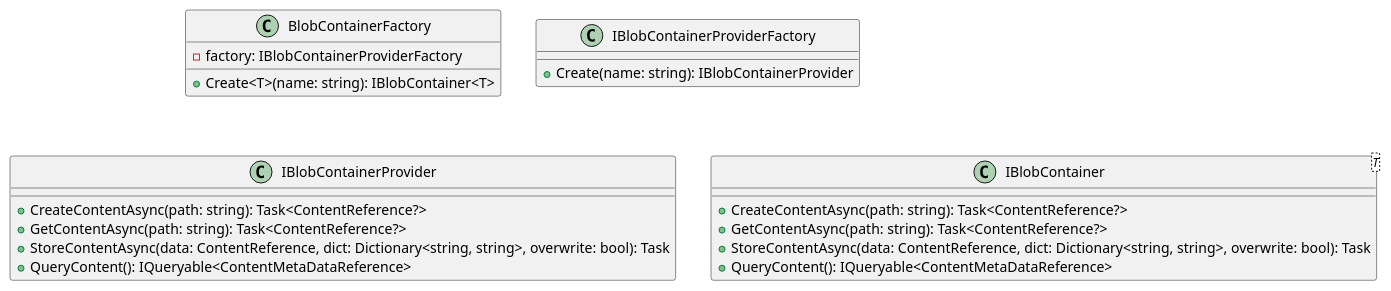
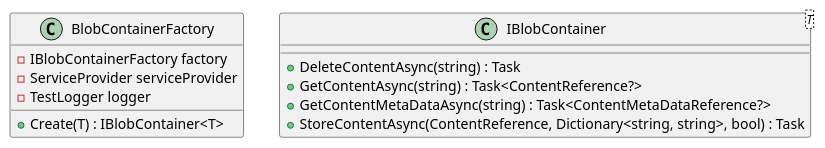
Before and after one commit to mwwhited-forks/dotnet-libs: the first of 3 diagrams in docs/generated/Framework/Eliassen.Documents.Tests/Containers/Documentation.md, drawn with PlantUML. The commit also changed other lines of this file and 444 other files, not shown here.

````diff
--- a/docs/generated/Framework/Eliassen.Documents.Tests/Containers/Documentation.md
+++ b/docs/generated/Framework/Eliassen.Documents.Tests/Containers/Documentation.md
@@ -18,28 +9,19 @@
 ```plantuml
 @startuml
 class BlobContainerFactory {
-  -factory: IBlobContainerProviderFactory
+  - IBlobContainerFactory factory
+  - ServiceProvider serviceProvider
+  - TestLogger logger
 
-  +Create<T>(name: string): IBlobContainer<T>
-}
-
-class IBlobContainerProviderFactory {
-  +Create(name: string): IBlobContainerProvider
-}
-
-class IBlobContainerProvider {
-  +CreateContentAsync(path: string): Task<ContentReference?>
-  +GetContentAsync(path: string): Task<ContentReference?>
-  +StoreContentAsync(data: ContentReference, dict: Dictionary<string, string>, overwrite: bool): Task
-  +QueryContent(): IQueryable<ContentMetaDataReference>
+  + Create(T) : IBlobContainer<T>
 }
 
 class IBlobContainer<T> {
-  +CreateContentAsync(path: string): Task<ContentReference?>
-  +GetContentAsync(path: string): Task<ContentReference?>
-  +StoreContentAsync(data: ContentReference, dict: Dictionary<string, string>, overwrite: bool): Task
-  +QueryContent(): IQueryable<ContentMetaDataReference>
+  + DeleteContentAsync(string) : Task
+  + GetContentAsync(string) : Task<ContentReference?>
+  + GetContentMetaDataAsync(string) : Task<ContentMetaDataReference?>
+  + StoreContentAsync(ContentReference, Dictionary<string, string>, bool) : Task
 }
 
 @enduml
 ```
````
